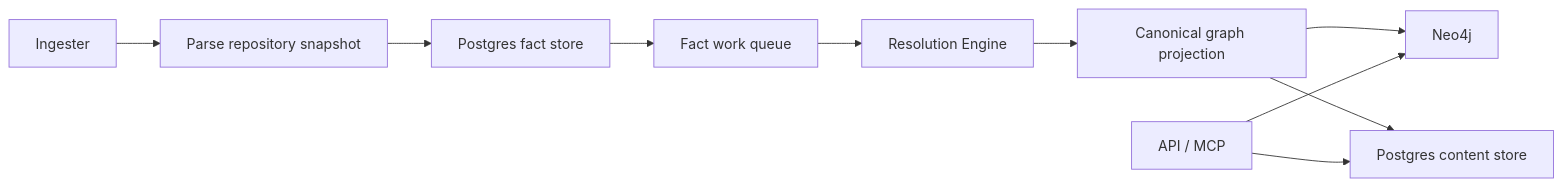
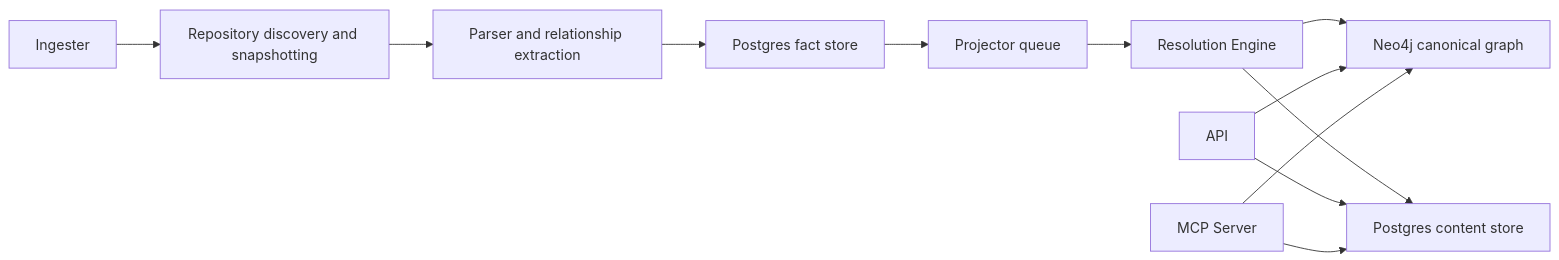
One commit to platformcontext/platform-context-graph changed the first of 3 diagrams in docs/docs/architecture.md. Above: the diagram before and after it, drawn with Mermaid. The commit also changed other lines of this file and 2285 other files, not shown here.

````diff
--- a/docs/docs/architecture.md
+++ b/docs/docs/architecture.md
@@ -39,12 +44,14 @@
 ```mermaid
 flowchart LR
-  A["Ingester"] --> B["Parse repository snapshot"]
-  B --> C["Postgres fact store"]
-  C --> D["Fact work queue"]
-  D --> E["Resolution Engine"]
-  E --> F["Canonical graph projection"]
-  F --> G["Neo4j"]
+  A["Ingester"] --> B["Repository discovery and snapshotting"]
+  B --> C["Parser and relationship extraction"]
+  C --> D["Postgres fact store"]
+  D --> E["Projector queue"]
+  E --> F["Resolution Engine"]
+  F --> G["Neo4j canonical graph"]
   F --> H["Postgres content store"]
-  I["API / MCP"] --> G
-  I --> H
+  I["API"] --> G
+  I["API"] --> H
+  J["MCP Server"] --> G
+  J["MCP Server"] --> H
 ```
````
